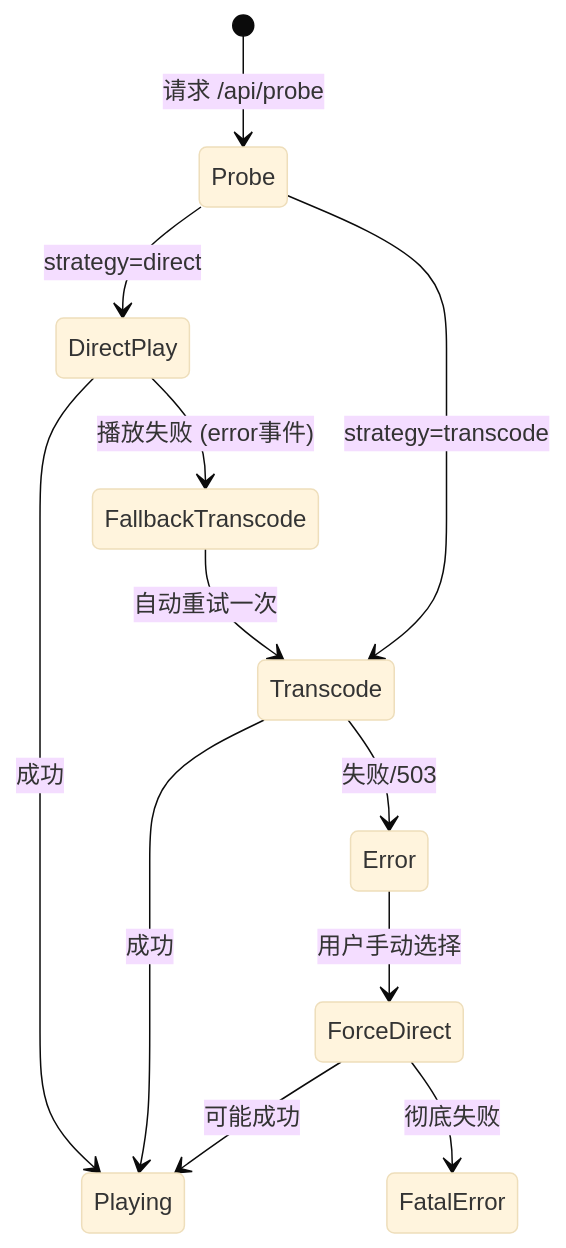
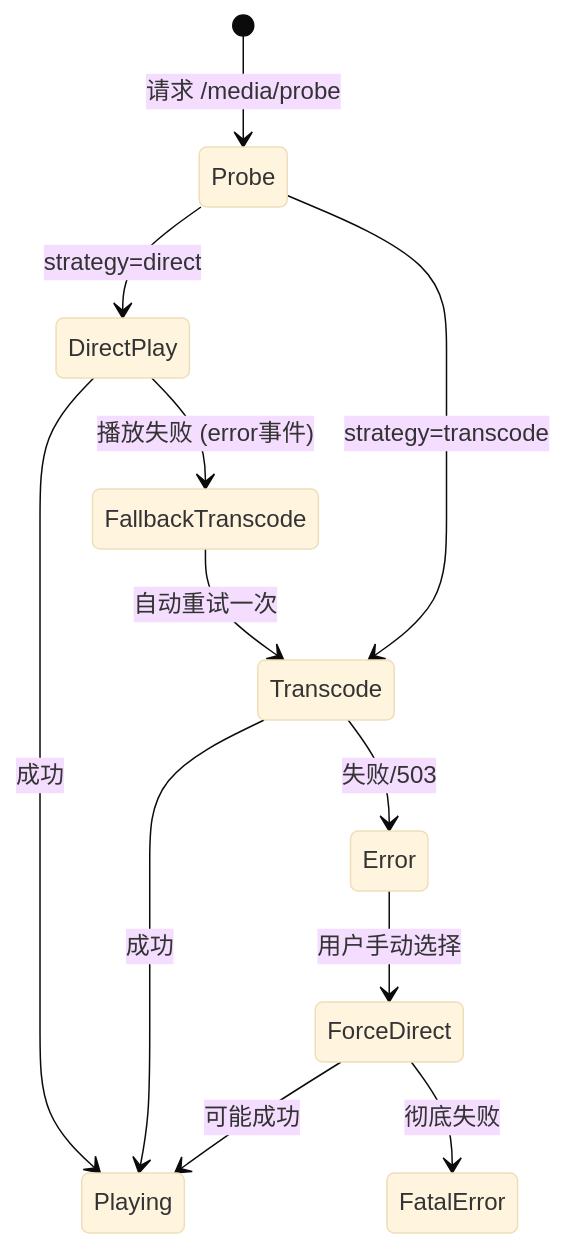
Before and after one commit to blycr/mspr: the third of 3 diagrams in docs/architecture/02-streaming-transcoding.md, drawn with Mermaid (base theme). The commit also changed other lines of this file and 19 other files, not shown here.

````diff
--- a/docs/architecture/02-streaming-transcoding.md
+++ b/docs/architecture/02-streaming-transcoding.md
@@ -349,14 +355,14 @@
 ```mermaid
 stateDiagram-v2
-    [*] --> Probe: 请求 /api/probe
+    [*] --> Probe: 请求 /media/probe
     Probe --> DirectPlay: strategy=direct
     Probe --> Transcode: strategy=transcode
     DirectPlay --> Playing: 成功
     DirectPlay --> FallbackTranscode: 播放失败 (error事件)
     Transcode --> Playing: 成功
     FallbackTranscode --> Transcode: 自动重试一次
     Transcode --> Error: 失败/503
     Error --> ForceDirect: 用户手动选择
     ForceDirect --> Playing: 可能成功
     ForceDirect --> FatalError: 彻底失败
 ```
````
